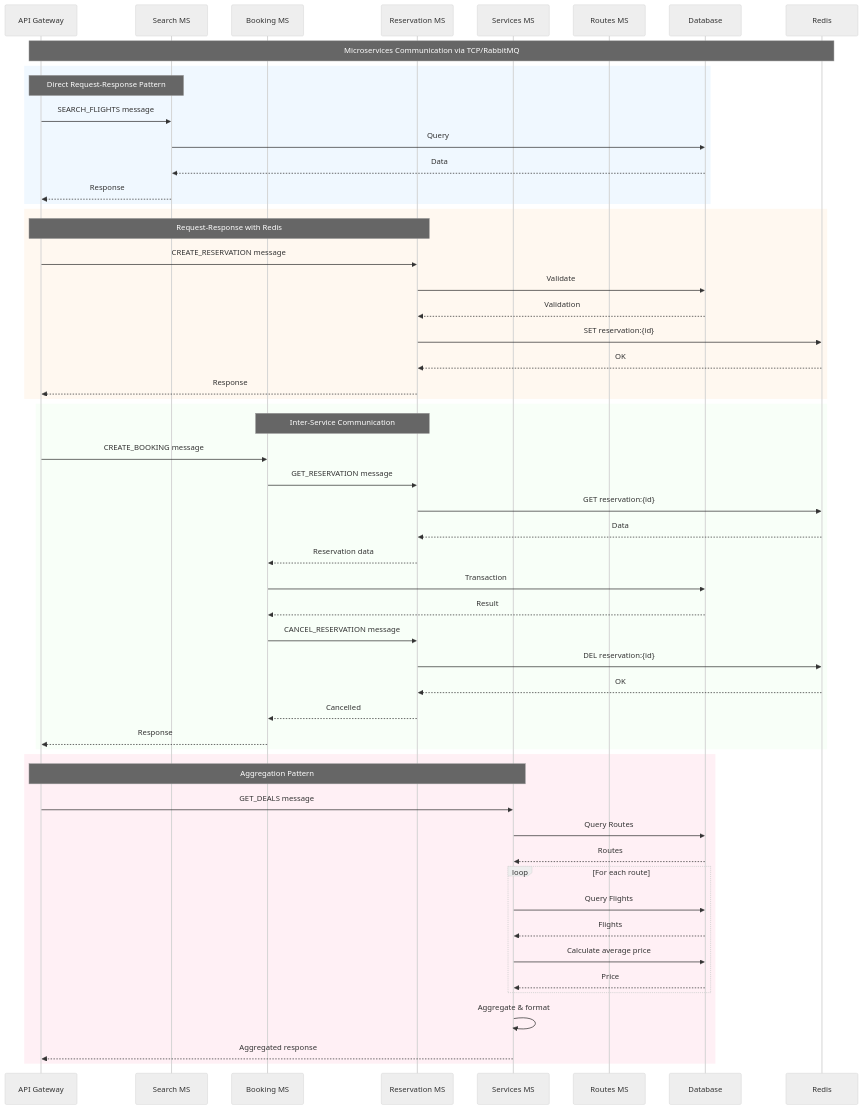
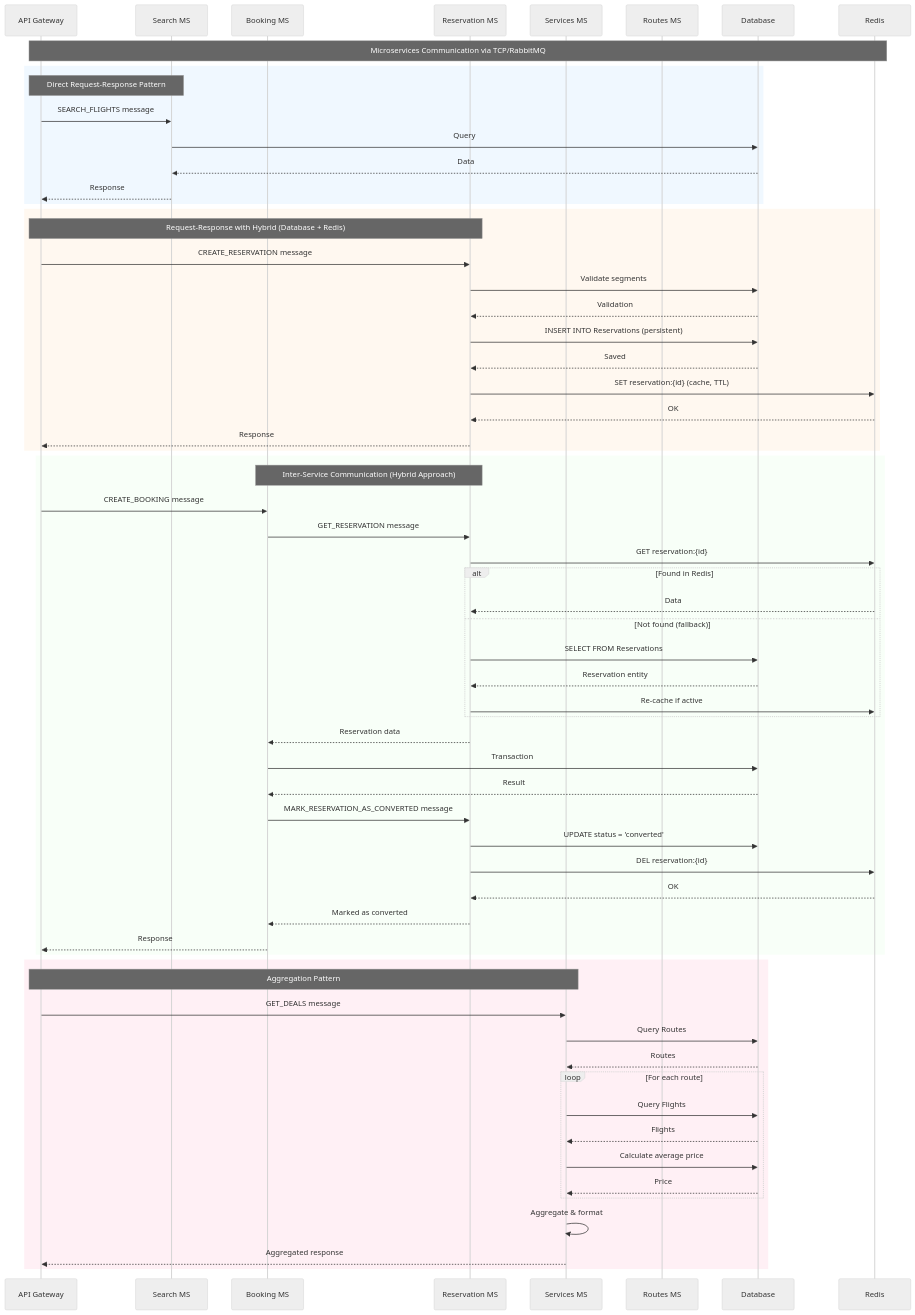
The third of 6 diagrams in docs/api/API_SEQUENCE_DIAGRAMS.md (Wanderlust-Air-Travel/be-flight-booking), drawn with Mermaid (neutral theme) before and after one commit. The commit also changed other lines of this file and 18 other files, not shown here.

Commit message:
feat: implement hybrid reservation storage using Database and Redis, update API documentation and flow to reflect new architecture, and remove outdated images

````diff
--- a/docs/api/API_SEQUENCE_DIAGRAMS.md
+++ b/docs/api/API_SEQUENCE_DIAGRAMS.md
@@ -165,62 +175,71 @@
 ```mermaid
 sequenceDiagram
     participant API Gateway
     participant Search MS
     participant Booking MS
     participant Reservation MS
     participant Services MS
     participant Routes MS
     participant Database
     participant Redis
 
     Note over API Gateway,Redis: Microservices Communication via TCP/RabbitMQ
 
     rect rgb(240, 248, 255)
         Note over API Gateway,Search MS: Direct Request-Response Pattern
         API Gateway->>Search MS: SEARCH_FLIGHTS message
         Search MS->>Database: Query
         Database-->>Search MS: Data
         Search MS-->>API Gateway: Response
     end
 
     rect rgb(255, 248, 240)
-        Note over API Gateway,Reservation MS: Request-Response with Redis
+        Note over API Gateway,Reservation MS: Request-Response with Hybrid (Database + Redis)
         API Gateway->>Reservation MS: CREATE_RESERVATION message
-        Reservation MS->>Database: Validate
+        Reservation MS->>Database: Validate segments
         Database-->>Reservation MS: Validation
-        Reservation MS->>Redis: SET reservation:{id}
+        Reservation MS->>Database: INSERT INTO Reservations (persistent)
+        Database-->>Reservation MS: Saved
+        Reservation MS->>Redis: SET reservation:{id} (cache, TTL)
         Redis-->>Reservation MS: OK
         Reservation MS-->>API Gateway: Response
     end
 
     rect rgb(248, 255, 248)
-        Note over Booking MS,Reservation MS: Inter-Service Communication
+        Note over Booking MS,Reservation MS: Inter-Service Communication (Hybrid Approach)
         API Gateway->>Booking MS: CREATE_BOOKING message
         Booking MS->>Reservation MS: GET_RESERVATION message
         Reservation MS->>Redis: GET reservation:{id}
-        Redis-->>Reservation MS: Data
+        alt Found in Redis
+            Redis-->>Reservation MS: Data
+        else Not found (fallback)
+            Reservation MS->>Database: SELECT FROM Reservations
+            Database-->>Reservation MS: Reservation entity
+            Reservation MS->>Redis: Re-cache if active
+        end
         Reservation MS-->>Booking MS: Reservation data
         Booking MS->>Database: Transaction
         Database-->>Booking MS: Result
-        Booking MS->>Reservation MS: CANCEL_RESERVATION message
+        Booking MS->>Reservation MS: MARK_RESERVATION_AS_CONVERTED message
+        Reservation MS->>Database: UPDATE status = 'converted'
         Reservation MS->>Redis: DEL reservation:{id}
         Redis-->>Reservation MS: OK
-        Reservation MS-->>Booking MS: Cancelled
+        Reservation MS-->>Booking MS: Marked as converted
         Booking MS-->>API Gateway: Response
     end
 
     rect rgb(255, 240, 245)
         Note over API Gateway,Services MS: Aggregation Pattern
         API Gateway->>Services MS: GET_DEALS message
         Services MS->>Database: Query Routes
         Database-->>Services MS: Routes
         loop For each route
             Services MS->>Database: Query Flights
             Database-->>Services MS: Flights
             Services MS->>Database: Calculate average price
             Database-->>Services MS: Price
         end
         Services MS->>Services MS: Aggregate & format
         Services MS-->>API Gateway: Aggregated response
     end
 ```
````
